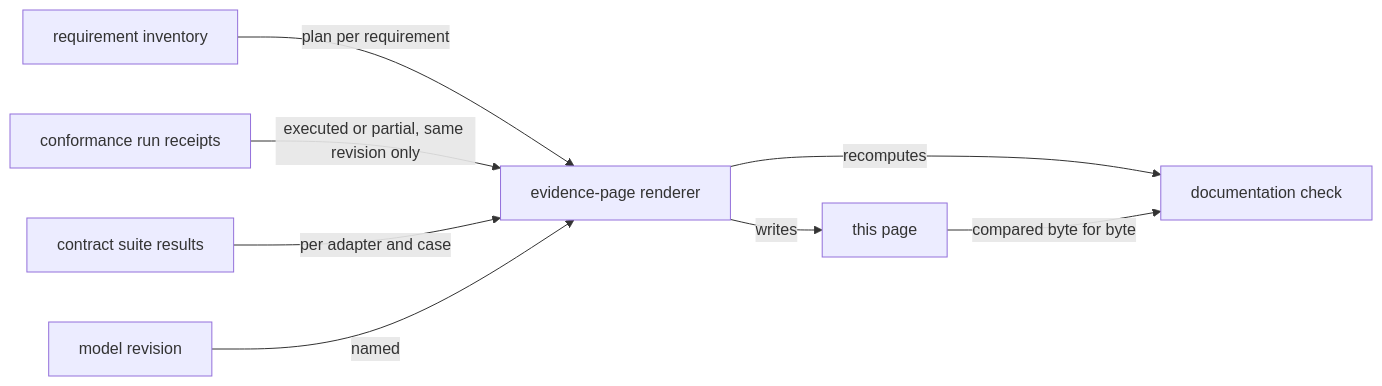
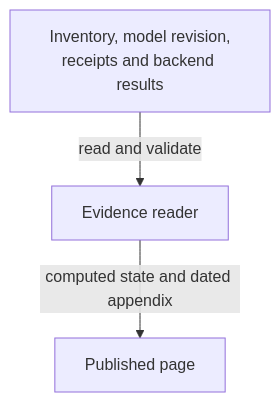
Before and after one commit to lambdasistemi/singular: the diagram in docs/conformance-evidence.md, drawn with Mermaid. The commit also changed other lines of this file and 462 other files, not shown here.

````diff
--- a/docs/conformance-evidence.md
+++ b/docs/conformance-evidence.md
@@ -77,10 +21,5 @@
 ```mermaid
-flowchart LR
-    inventory["requirement inventory"] -->|plan per requirement| render["evidence-page renderer"]
-    receipts["conformance run receipts"] -->|executed or partial, same revision only| render
-    contract["contract suite results"] -->|per adapter and case| render
-    model["model revision"] -->|named| render
-    render -->|writes| page["this page"]
-    render -->|recomputes| check["documentation check"]
-    page -->|compared byte for byte| check
+flowchart TD
+    inputs["Inventory, model revision,<br/>receipts and backend results"] -->|read and validate| render["Evidence reader"]
+    render -->|computed state and dated appendix| page["Published page"]
 ```
````
